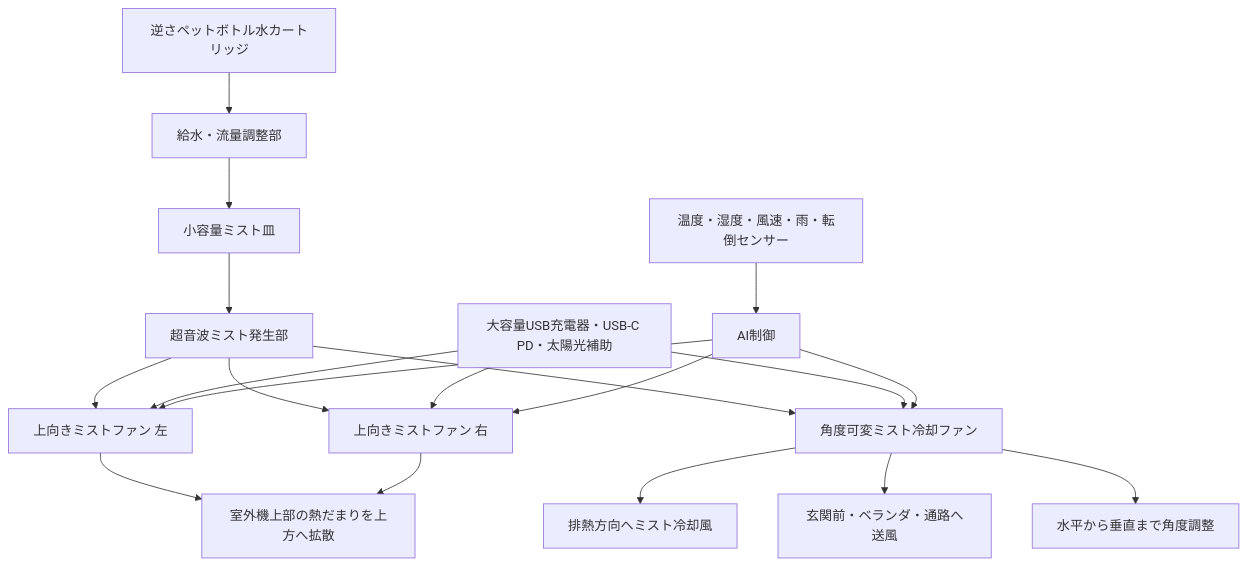
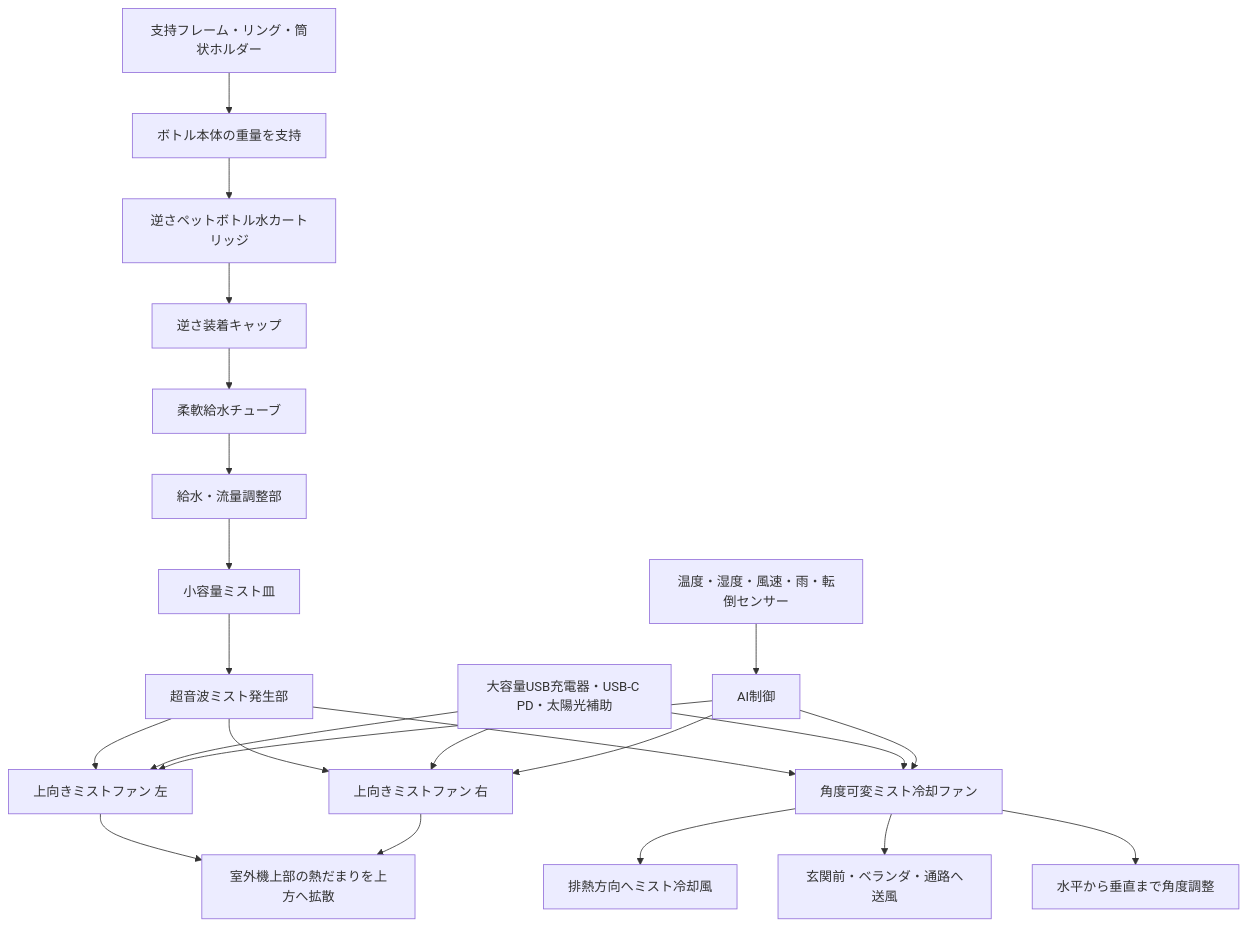
One commit to InchaComisho/Center-Mist-Ultrasonic-Cooling-Fan-Concept changed the diagram in docs/TRI_DIRECTIONAL_MIST_COOLING_STAND_AND_BOTTLE_CARTRIDGE_ja.md. Above: the diagram before and after it, drawn with Mermaid. The commit also changed other lines of this file, not shown here.

````diff
--- a/docs/TRI_DIRECTIONAL_MIST_COOLING_STAND_AND_BOTTLE_CARTRIDGE_ja.md
+++ b/docs/TRI_DIRECTIONAL_MIST_COOLING_STAND_AND_BOTTLE_CARTRIDGE_ja.md
@@ -113,26 +148,31 @@
 ```mermaid
 flowchart TD
-    A[逆さペットボトル水カートリッジ] --> B[給水・流量調整部]
-    B --> C[小容量ミスト皿]
-    C --> D[超音波ミスト発生部]
+    A[逆さペットボトル水カートリッジ] --> B[逆さ装着キャップ]
+    B --> C[柔軟給水チューブ]
+    C --> D[給水・流量調整部]
+    D --> E[小容量ミスト皿]
+    E --> F[超音波ミスト発生部]
 
-    D --> E[上向きミストファン 左]
-    D --> F[上向きミストファン 右]
-    D --> G[角度可変ミスト冷却ファン]
+    G[支持フレーム・リング・筒状ホルダー] --> H[ボトル本体の重量を支持]
+    H --> A
 
-    E --> H[室外機上部の熱だまりを上方へ拡散]
-    F --> H
+    F --> I[上向きミストファン 左]
+    F --> J[上向きミストファン 右]
+    F --> K[角度可変ミスト冷却ファン]
 
-    G --> I[排熱方向へミスト冷却風]
-    G --> J[玄関前・ベランダ・通路へ送風]
-    G --> K[水平から垂直まで角度調整]
+    I --> L[室外機上部の熱だまりを上方へ拡散]
+    J --> L
 
-    L[大容量USB充電器・USB-C PD・太陽光補助] --> E
-    L --> F
-    L --> G
+    K --> M[排熱方向へミスト冷却風]
+    K --> N[玄関前・ベランダ・通路へ送風]
+    K --> O[水平から垂直まで角度調整]
 
-    M[温度・湿度・風速・雨・転倒センサー] --> N[AI制御]
-    N --> E
-    N --> F
-    N --> G
+    P[大容量USB充電器・USB-C PD・太陽光補助] --> I
+    P --> J
+    P --> K
+
+    Q[温度・湿度・風速・雨・転倒センサー] --> R[AI制御]
+    R --> I
+    R --> J
+    R --> K
 ```
````
